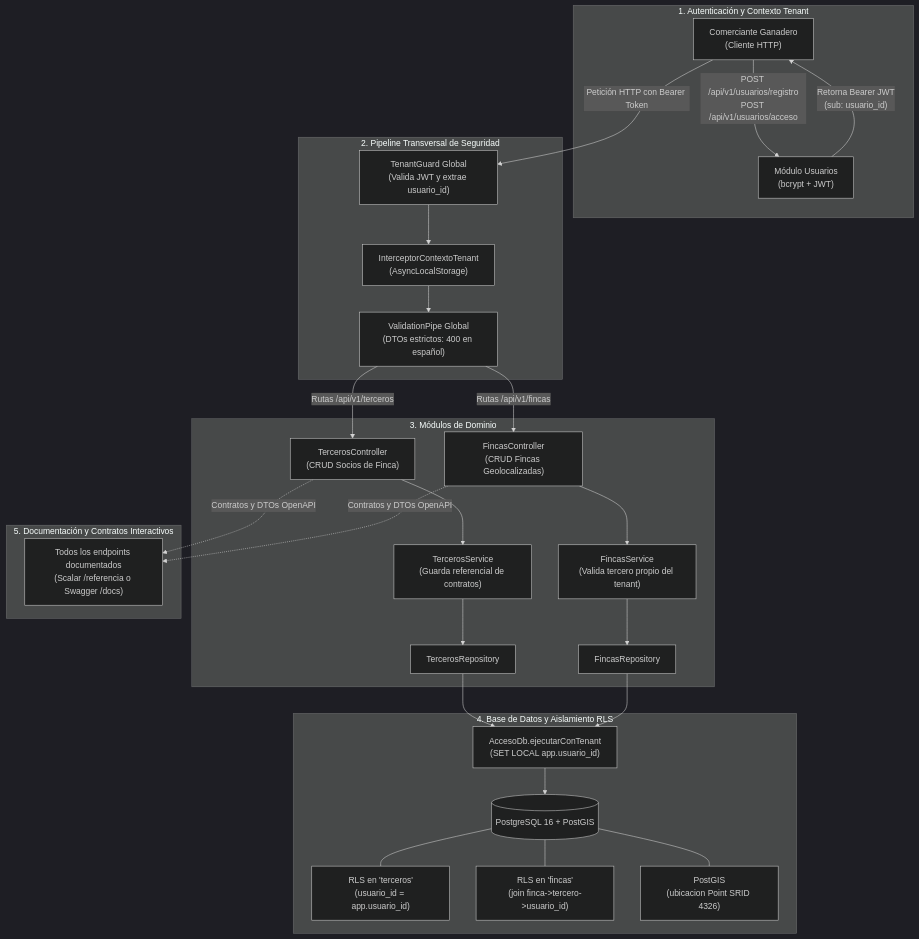
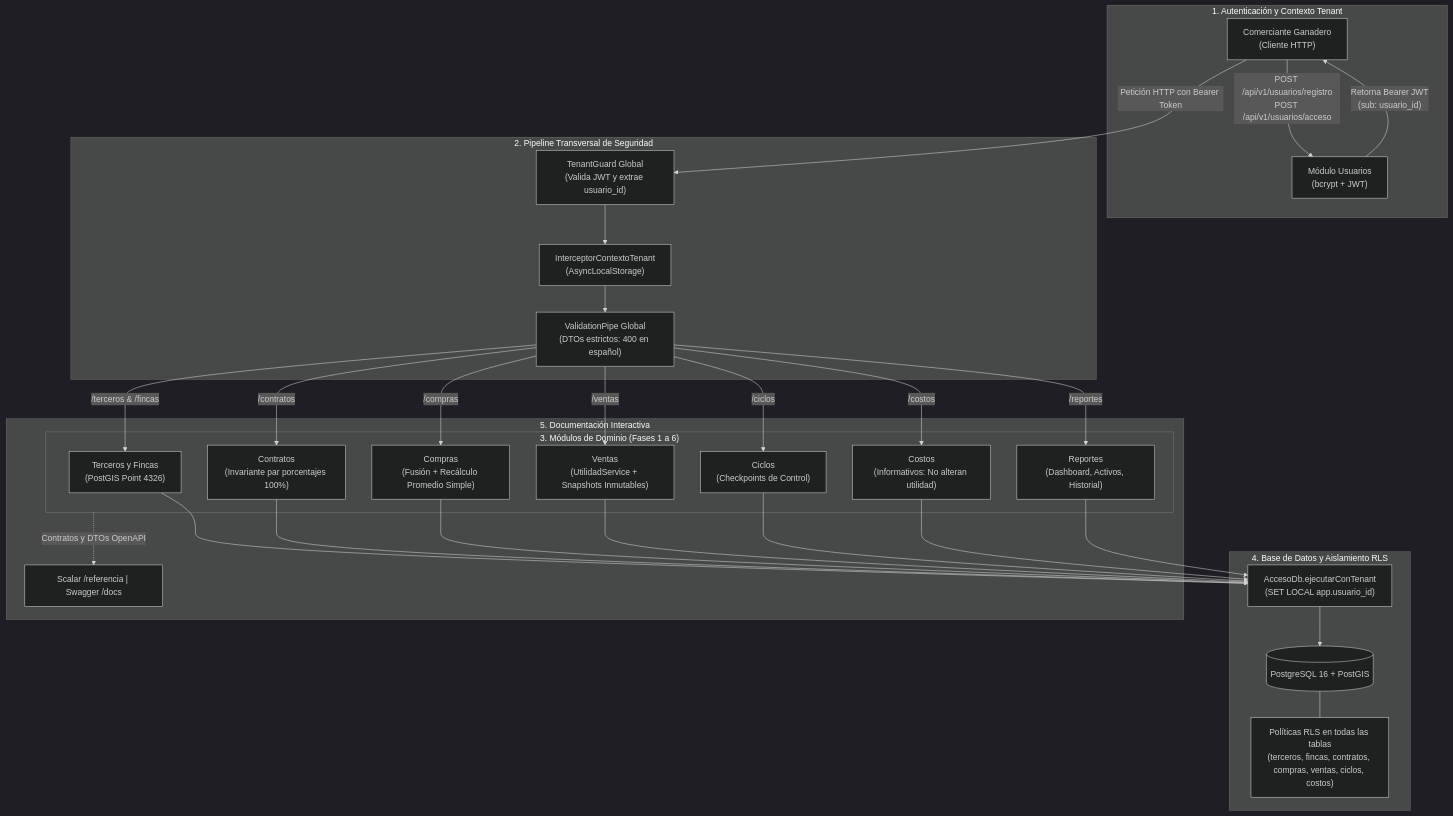
One commit to MQuintana0/Elinain changed the second of 2 diagrams in README.md. Above: the diagram before and after it, drawn with Mermaid (dark theme). The commit also changed other lines of this file and 36 other files, not shown here.

````diff
--- a/README.md
+++ b/README.md
@@ -81,37 +87,34 @@
 ```mermaid
 flowchart TD
     subgraph Identidad["1. Autenticación y Contexto Tenant"]
         User["Comerciante Ganadero\n(Cliente HTTP)"] -- "POST /api/v1/usuarios/registro\nPOST /api/v1/usuarios/acceso" --> Auth["Módulo Usuarios\n(bcrypt + JWT)"]
         Auth -- "Retorna Bearer JWT\n(sub: usuario_id)" --> User
     end
 
     subgraph Seguridad["2. Pipeline Transversal de Seguridad"]
         User -- "Petición HTTP con Bearer Token" --> TG["TenantGuard Global\n(Valida JWT y extrae usuario_id)"]
         TG --> ICT["InterceptorContextoTenant\n(AsyncLocalStorage)"]
         ICT --> VP["ValidationPipe Global\n(DTOs estrictos: 400 en español)"]
     end
 
-    subgraph Dominio["3. Módulos de Dominio"]
-        VP -- "Rutas /api/v1/terceros" --> TC["TercerosController\n(CRUD Socios de Finca)"]
-        VP -- "Rutas /api/v1/fincas" --> FC["FincasController\n(CRUD Fincas Geolocalizadas)"]
-
-        TC --> TS["TercerosService\n(Guarda referencial de contratos)"]
-        FC --> FS["FincasService\n(Valida tercero propio del tenant)"]
-
-        TS --> TR["TercerosRepository"]
-        FS --> FR["FincasRepository"]
+    subgraph Dominio["3. Módulos de Dominio (Fases 1 a 6)"]
+        VP -- "/terceros & /fincas" --> TF["Terceros y Fincas\n(PostGIS Point 4326)"]
+        VP -- "/contratos" --> CT["Contratos\n(Invariante par porcentajes 100%)"]
+        VP -- "/compras" --> CP["Compras\n(Fusión + Recálculo Promedio Simple)"]
+        VP -- "/ventas" --> VT["Ventas\n(UtilidadService + Snapshots Inmutables)"]
+        VP -- "/ciclos" --> CI["Ciclos\n(Checkpoints de Control)"]
+        VP -- "/costos" --> CS["Costos\n(Informativos: No alteran utilidad)"]
+        VP -- "/reportes" --> RP["Reportes\n(Dashboard, Activos, Historial)"]
     end
 
     subgraph Persistencia["4. Base de Datos y Aislamiento RLS"]
-        TR & FR --> ADB["AccesoDb.ejecutarConTenant\n(SET LOCAL app.usuario_id)"]
+        TF & CT & CP & VT & CI & CS & RP --> ADB["AccesoDb.ejecutarConTenant\n(SET LOCAL app.usuario_id)"]
         ADB --> PG[("PostgreSQL 16 + PostGIS")]
 
-        PG --- RLS1["RLS en 'terceros'\n(usuario_id = app.usuario_id)"]
-        PG --- RLS2["RLS en 'fincas'\n(join finca->tercero->usuario_id)"]
-        PG --- GIS["PostGIS\n(ubicacion Point SRID 4326)"]
+        PG --- RLS["Políticas RLS en todas las tablas\n(terceros, fincas, contratos, compras, ventas, ciclos, costos)"]
     end
 
-    subgraph Docs["5. Documentación y Contratos Interactivos"]
-        TC & FC -. "Contratos y DTOs OpenAPI" .-> DOCS["Todos los endpoints documentados\n(Scalar /referencia o Swagger /docs)"]
+    subgraph Docs["5. Documentación Interactiva"]
+    Dominio -. "Contratos y DTOs OpenAPI" .-> DOCS["Scalar /referencia | Swagger /docs"]
     end
 ```
````
